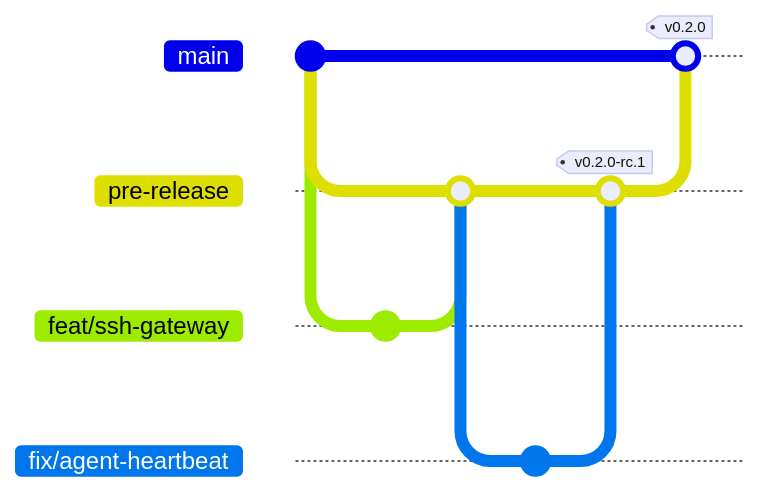
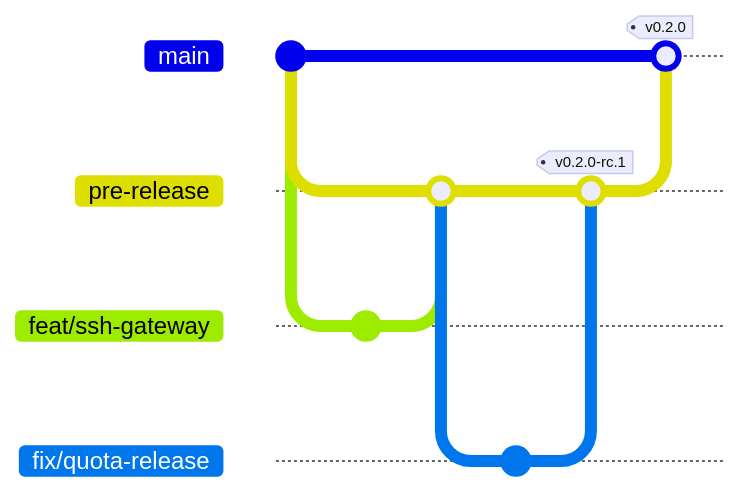
Before and after one commit to different-ai/differently: the diagram in CONTRIBUTING.md, drawn with Mermaid. The commit also changed other lines of this file and 230 other files, not shown here. Commit ids are hidden.

First line of the commit message:
chore: merge pre-release into main (#14)

````diff
--- a/CONTRIBUTING.md
+++ b/CONTRIBUTING.md
@@ -7,16 +7,16 @@
 ```mermaid
 gitGraph
   commit id: "v0.1.0"
   branch pre-release
   checkout pre-release
   branch feat/ssh-gateway
   commit
   checkout pre-release
   merge feat/ssh-gateway
-  branch fix/agent-heartbeat
+  branch fix/quota-release
   commit
   checkout pre-release
-  merge fix/agent-heartbeat tag: "v0.2.0-rc.1"
+  merge fix/quota-release tag: "v0.2.0-rc.1"
   checkout main
   merge pre-release tag: "v0.2.0"
 ```
````
